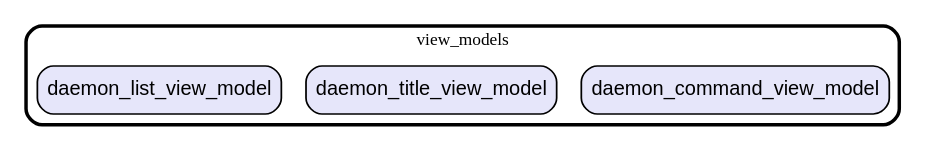
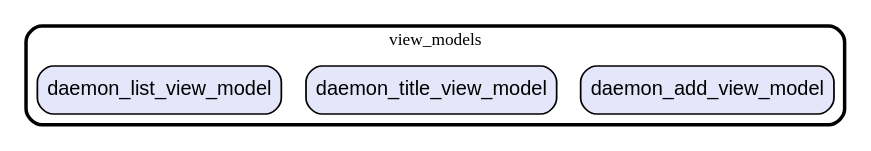
One commit to gev/reacthome-mobile changed the diagram in graph/lib/ui/fragments/daemon_panel/view_models.dot. Above: the diagram before and after it, drawn with Graphviz. The commit also changed 23 other files, not shown here.

Commit message:
update modules dependencies graph

```diff
--- a/graph/lib/ui/fragments/daemon_panel/view_models.dot
+++ b/graph/lib/ui/fragments/daemon_panel/view_models.dot
@@ -1,14 +1,14 @@
 digraph "" {
   graph [style=rounded fontname="Arial Black" fontsize=13 penwidth=2.6];
   node [shape=rect style="filled,rounded" fontname=Arial fontsize=15 fillcolor=Lavender penwidth=1.3];
   edge [penwidth=1.3];
-  "/daemon_command_view_model.dart" [label="daemon_command_view_model"];
+  "/daemon_add_view_model.dart" [label="daemon_add_view_model"];
   "/daemon_title_view_model.dart" [label="daemon_title_view_model"];
   "/daemon_list_view_model.dart" [label="daemon_list_view_model"];
   subgraph "cluster~" {
     label="view_models";
-    "/daemon_command_view_model.dart";
+    "/daemon_add_view_model.dart";
     "/daemon_title_view_model.dart";
     "/daemon_list_view_model.dart";
   }
 }
```
